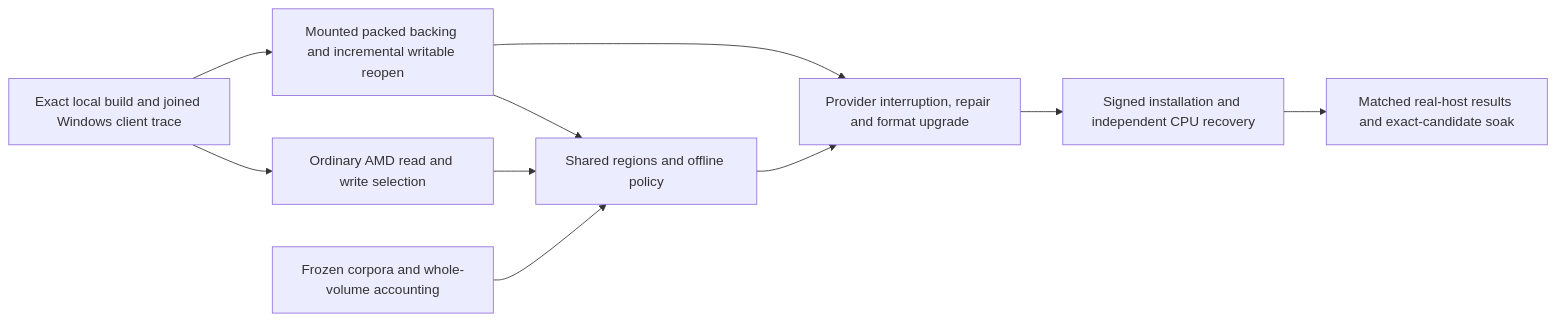
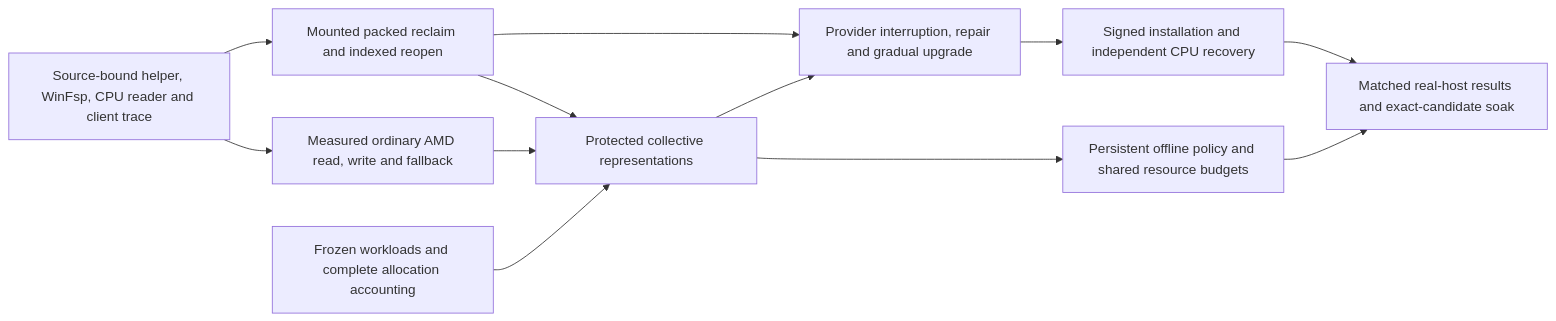
One commit to strmt7/FlitzFS changed the diagram in docs/RELEASE_EXECUTION_PLAN.md. Above: the diagram before and after it, drawn with Mermaid. The commit also changed other lines of this file and 9 other files, not shown here.

Commit message:
Reconcile the Windows release plan with packed reclamation evidence

````diff
--- a/docs/RELEASE_EXECUTION_PLAN.md
+++ b/docs/RELEASE_EXECUTION_PLAN.md
@@ -659,12 +668,14 @@
 ```mermaid
 flowchart LR
-    A["Exact local build and joined Windows client trace"] --> B["Ordinary AMD read and write selection"]
-    A --> C["Mounted packed backing and incremental writable reopen"]
-    D["Frozen corpora and whole-volume accounting"] --> E["Shared regions and offline policy"]
+    A["Source-bound helper, WinFsp, CPU reader and client trace"] --> B["Measured ordinary AMD read, write and fallback"]
+    A --> C["Mounted packed reclaim and indexed reopen"]
+    D["Frozen workloads and complete allocation accounting"] --> E["Protected collective representations"]
     B --> E
     C --> E
-    C --> F["Provider interruption, repair and format upgrade"]
+    E --> L["Persistent offline policy and shared resource budgets"]
+    C --> F["Provider interruption, repair and gradual upgrade"]
     E --> F
     F --> G["Signed installation and independent CPU recovery"]
     G --> H["Matched real-host results and exact-candidate soak"]
+    L --> H
 ```
````
